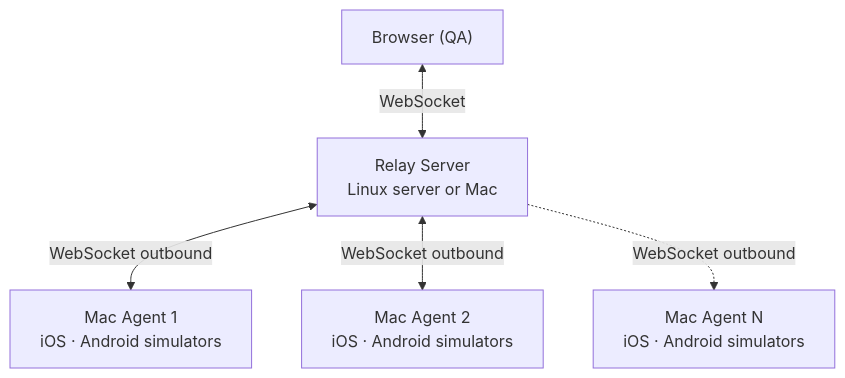
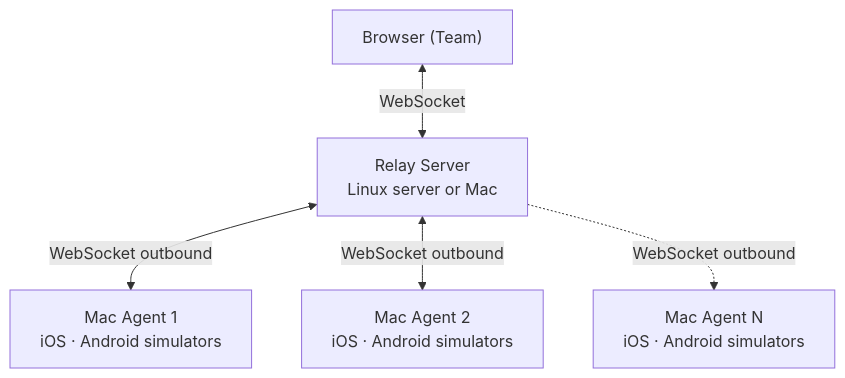
The diagram in docs/guide/introduction.md (jo-duchan/tapflow), drawn with Mermaid before and after one commit. The commit also changed other lines of this file and 8 other files, not shown here.

````diff
--- a/docs/guide/introduction.md
+++ b/docs/guide/introduction.md
@@ -18,13 +18,13 @@
 ```mermaid
 flowchart TD
-    B["Browser (QA)"]
+    B["Browser (Team)"]
     R["Relay Server<br/>Linux server or Mac"]
     A1["Mac Agent 1<br/>iOS · Android simulators"]
     A2["Mac Agent 2<br/>iOS · Android simulators"]
     More["Mac Agent N<br/>iOS · Android simulators"]
 
     B <-->|WebSocket| R
     R <-->|WebSocket outbound| A1
     R <-->|WebSocket outbound| A2
     R -.->|WebSocket outbound| More
 ```
````
